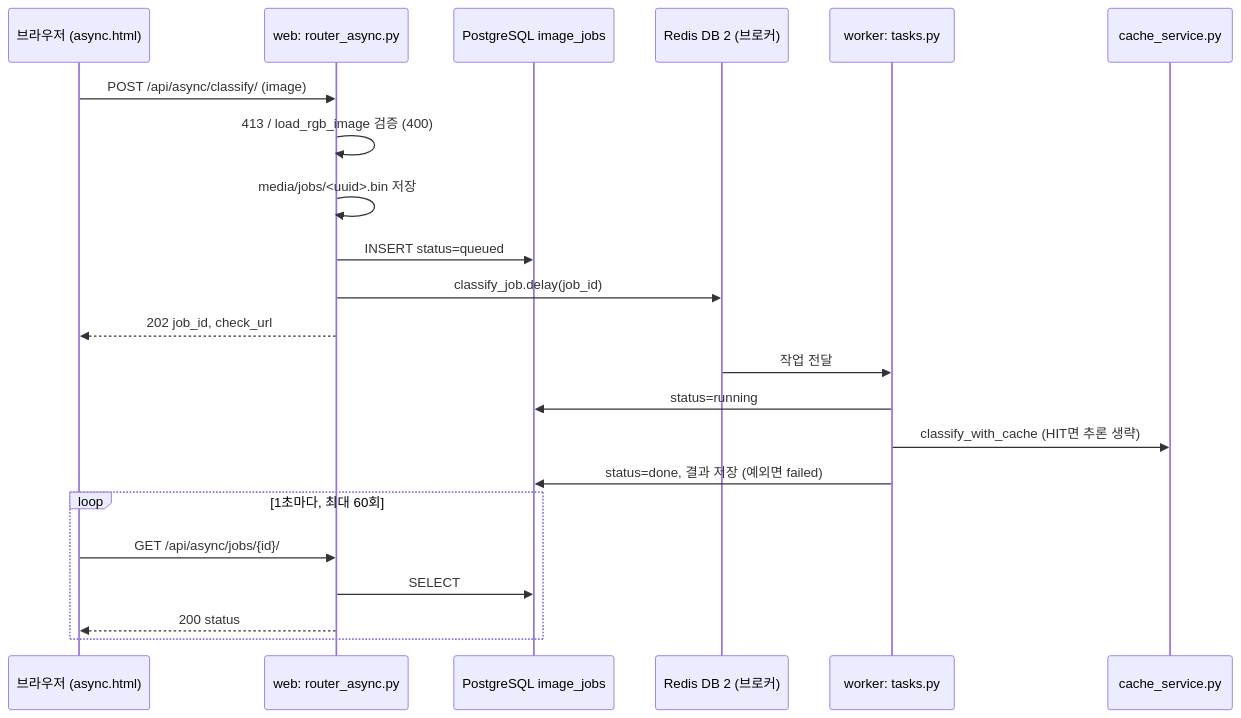
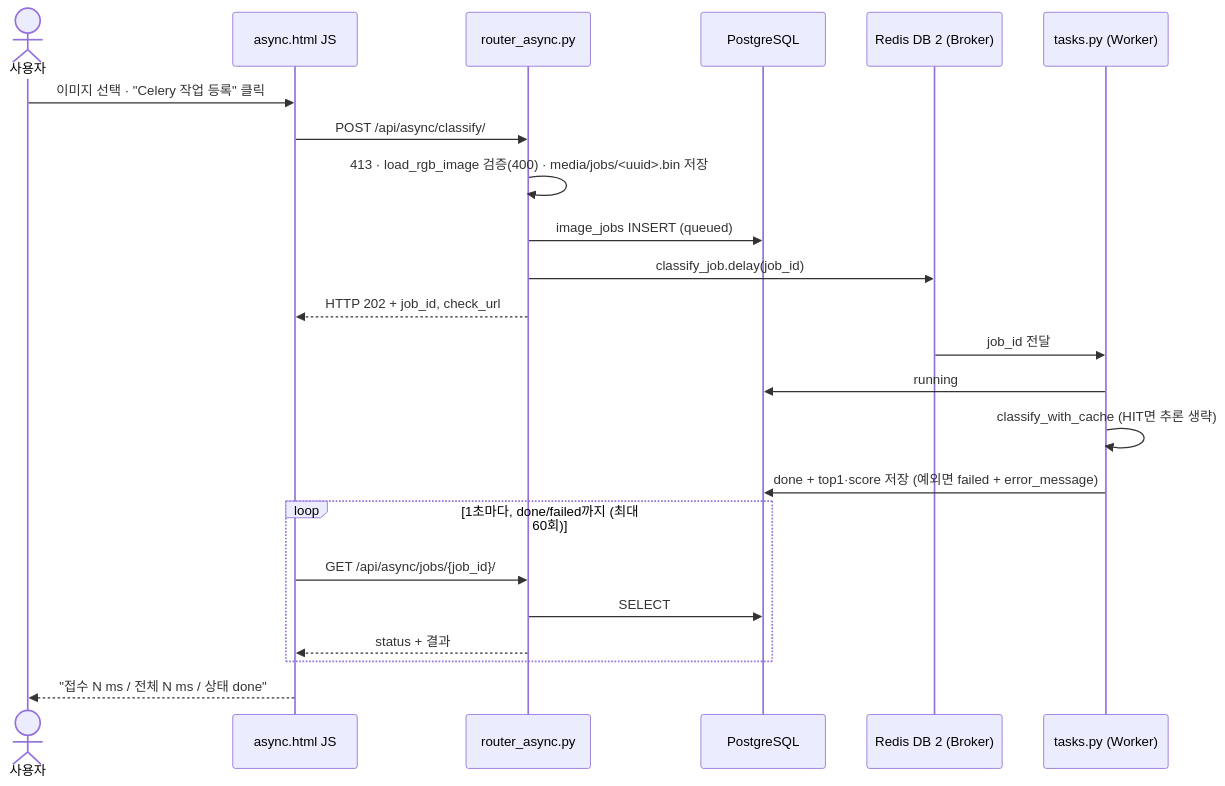
The second of 2 diagrams in reports/05_AI버튼_처리흐름.md (wlgptjd333/kh-subject9-eval-beans), drawn with Mermaid before and after one commit. The commit also changed other lines of this file and 45 other files, not shown here.

First line of the commit message:
refactor: 평가 가이드 구조(.venv FastAPI·Celery + Docker Redis·PostgreSQL)로 전면 재측정

````diff
--- a/reports/05_AI버튼_처리흐름.md
+++ b/reports/05_AI버튼_처리흐름.md
@@ -34,24 +37,25 @@
 ```mermaid
 sequenceDiagram
-    participant U as 브라우저 (async.html)
-    participant W as web: router_async.py
-    participant P as PostgreSQL image_jobs
-    participant Q as Redis DB 2 (브로커)
-    participant K as worker: tasks.py
-    participant C as cache_service.py
-    U->>W: POST /api/async/classify/ (image)
-    W->>W: 413 / load_rgb_image 검증 (400)
-    W->>W: media/jobs/<uuid>.bin 저장
-    W->>P: INSERT status=queued
-    W->>Q: classify_job.delay(job_id)
-    W-->>U: 202 job_id, check_url
-    Q->>K: 작업 전달
-    K->>P: status=running
-    K->>C: classify_with_cache (HIT면 추론 생략)
-    K->>P: status=done, 결과 저장 (예외면 failed)
-    loop 1초마다, 최대 60회
-        U->>W: GET /api/async/jobs/{id}/
-        W->>P: SELECT
-        W-->>U: 200 status
+    actor U as 사용자
+    participant H as async.html JS
+    participant F as router_async.py
+    participant DB as PostgreSQL
+    participant Q as Redis DB 2 (Broker)
+    participant W as tasks.py (Worker)
+    U->>H: 이미지 선택 · "Celery 작업 등록" 클릭
+    H->>F: POST /api/async/classify/
+    F->>F: 413 · load_rgb_image 검증(400) · media/jobs/<uuid>.bin 저장
+    F->>DB: image_jobs INSERT (queued)
+    F->>Q: classify_job.delay(job_id)
+    F-->>H: HTTP 202 + job_id, check_url
+    Q->>W: job_id 전달
+    W->>DB: running
+    W->>W: classify_with_cache (HIT면 추론 생략)
+    W->>DB: done + top1·score 저장 (예외면 failed + error_message)
+    loop 1초마다, done/failed까지 (최대 60회)
+        H->>F: GET /api/async/jobs/{job_id}/
+        F->>DB: SELECT
+        F-->>H: status + 결과
     end
+    H-->>U: "접수 N ms / 전체 N ms / 상태 done"
 ```
````
